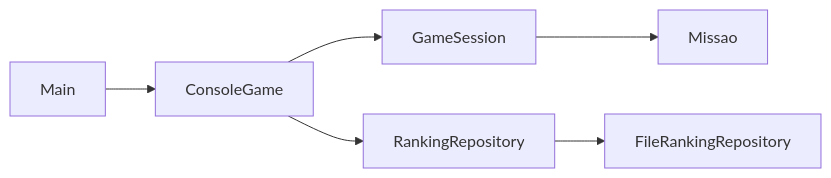
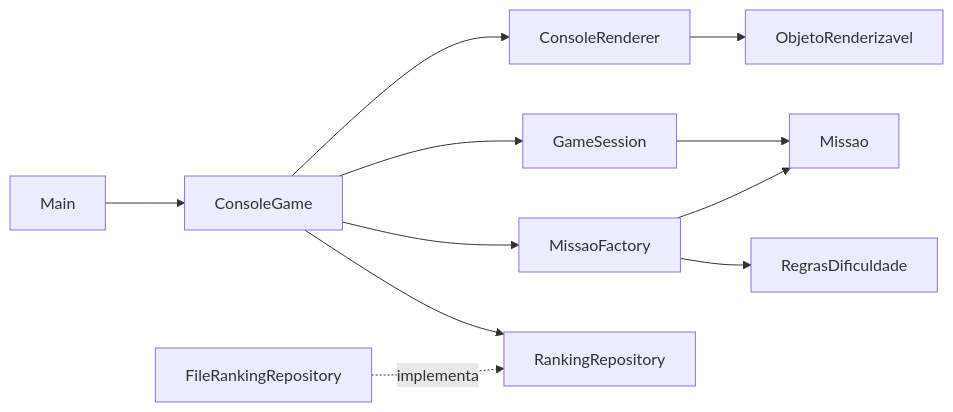
One commit to marcelobezerra-dotcom/T200-ProjArqSist changed the second of 3 diagrams in missaoMarteUnifor/projetoExtensaoFinal/exercicio10/fases/fase-01-refatoracao/docs/fase-01-tutorial.md. Above: the diagram before and after it, drawn with Mermaid. The commit also changed other lines of this file and 28 other files, not shown here.

````diff
--- a/missaoMarteUnifor/projetoExtensaoFinal/exercicio10/fases/fase-01-refatoracao/docs/fase-01-tutorial.md
+++ b/missaoMarteUnifor/projetoExtensaoFinal/exercicio10/fases/fase-01-refatoracao/docs/fase-01-tutorial.md
@@ -48,8 +206,13 @@
 ```mermaid
 flowchart LR
     Main --> ConsoleGame
+    ConsoleGame --> ConsoleRenderer
+    ConsoleGame --> MissaoFactory
     ConsoleGame --> GameSession
+    ConsoleGame --> RankingRepository
     GameSession --> Missao
-    ConsoleGame --> RankingRepository
-    RankingRepository --> FileRankingRepository
+    MissaoFactory --> Missao
+    MissaoFactory --> RegrasDificuldade
+    FileRankingRepository -.implementa.-> RankingRepository
+    ConsoleRenderer --> ObjetoRenderizavel
 ```
````
